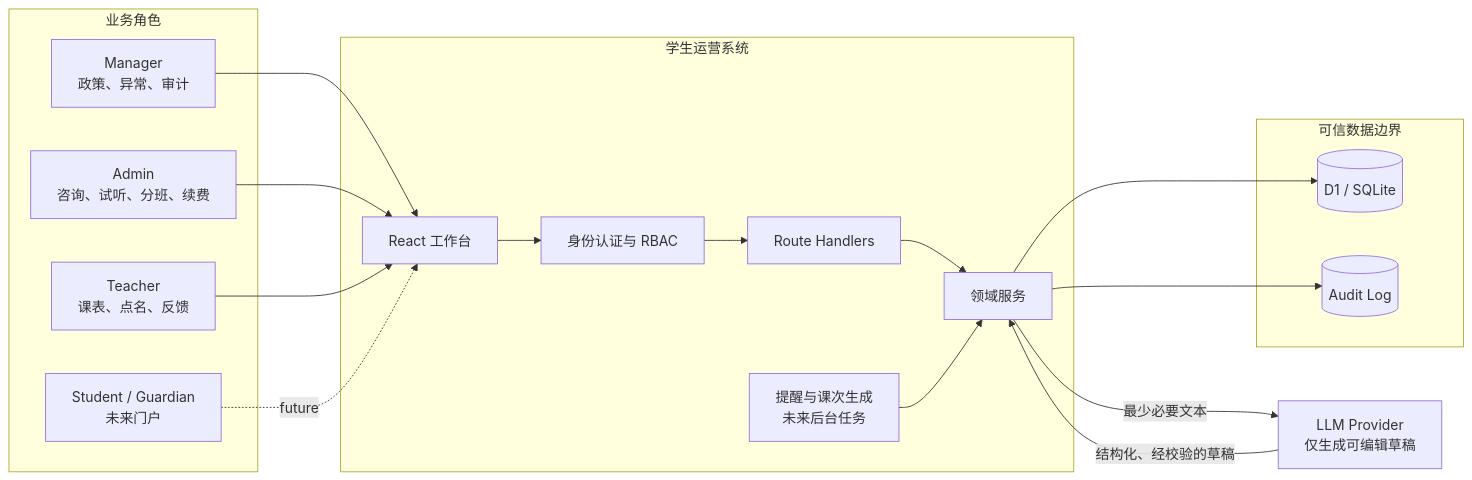
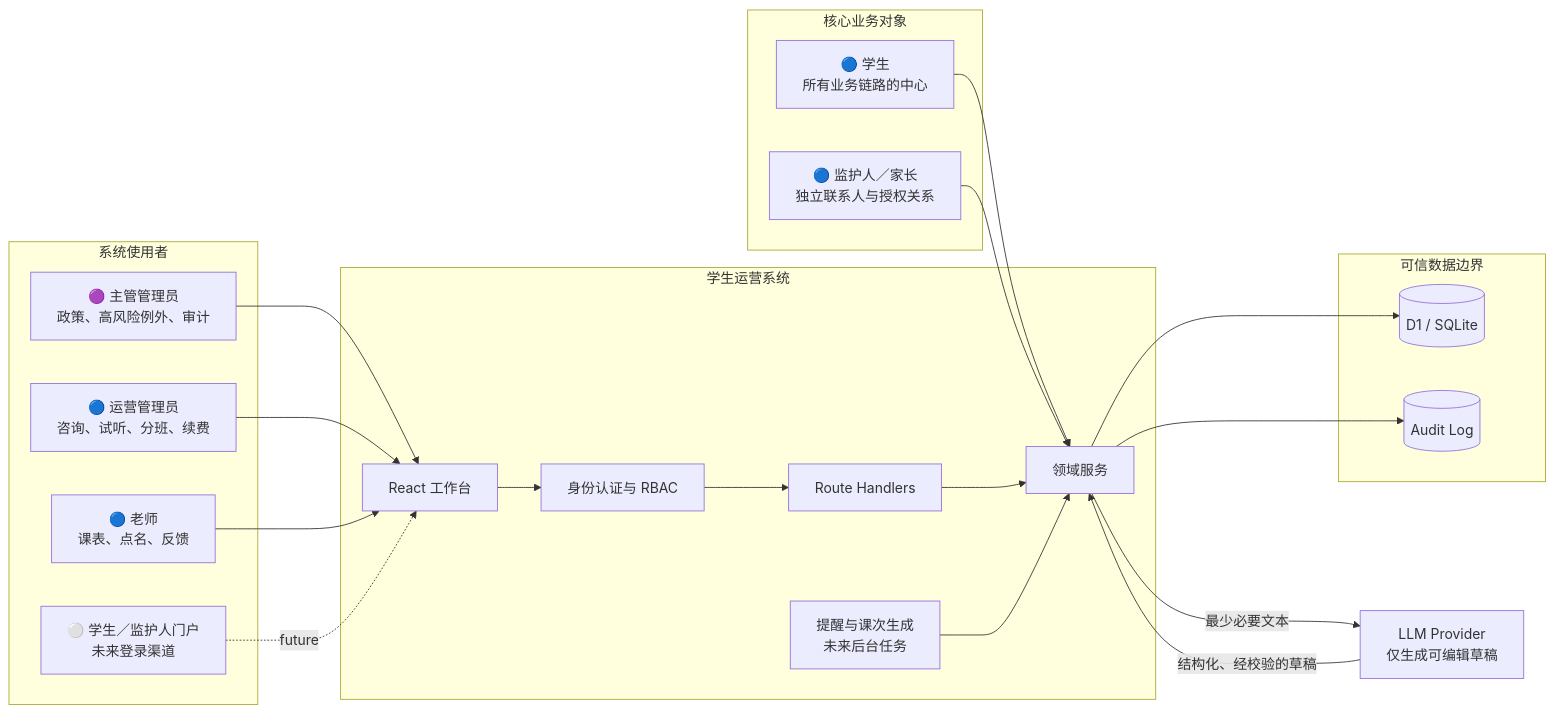
One commit to MadMax3366/Austin_homework changed the first of 5 diagrams in ARCHITECTURE.md. Above: the diagram before and after it, drawn with Mermaid. The commit also changed other lines of this file and 1 other file, not shown here.

Commit message:
docs: clarify requirement sources and architecture layers

````diff
--- a/ARCHITECTURE.md
+++ b/ARCHITECTURE.md
@@ -7,35 +17,42 @@
 ```mermaid
 flowchart LR
-  subgraph People[业务角色]
-    Manager[Manager<br/>政策、异常、审计]
-    Admin[Admin<br/>咨询、试听、分班、续费]
-    Teacher[Teacher<br/>课表、点名、反馈]
-    Family[Student / Guardian<br/>未来门户]
+  subgraph People[系统使用者]
+    Manager[🟣 主管管理员<br/>政策、高风险例外、审计]
+    Admin[🔵 运营管理员<br/>咨询、试听、分班、续费]
+    Teacher[🔵 老师<br/>课表、点名、反馈]
+    Portal[⚪ 学生／监护人门户<br/>未来登录渠道]
+  end
+
+  subgraph Objects[核心业务对象]
+    Student[🔵 学生<br/>所有业务链路的中心]
+    Guardian[🔵 监护人／家长<br/>独立联系人与授权关系]
   end
 
   subgraph Product[学生运营系统]
     Web[React 工作台]
     Auth[身份认证与 RBAC]
     API[Route Handlers]
     Domain[领域服务]
     Jobs[提醒与课次生成<br/>未来后台任务]
   end
 
   subgraph Data[可信数据边界]
     D1[(D1 / SQLite)]
     Audit[(Audit Log)]
   end
 
   LLM[LLM Provider<br/>仅生成可编辑草稿]
 
   Manager --> Web
   Admin --> Web
   Teacher --> Web
-  Family -. future .-> Web
+  Portal -. future .-> Web
+  Student --> Domain
+  Guardian --> Domain
   Web --> Auth --> API --> Domain
   Jobs --> Domain
   Domain --> D1
   Domain --> Audit
   Domain -->|最少必要文本| LLM
   LLM -->|结构化、经校验的草稿| Domain
 ```
````
